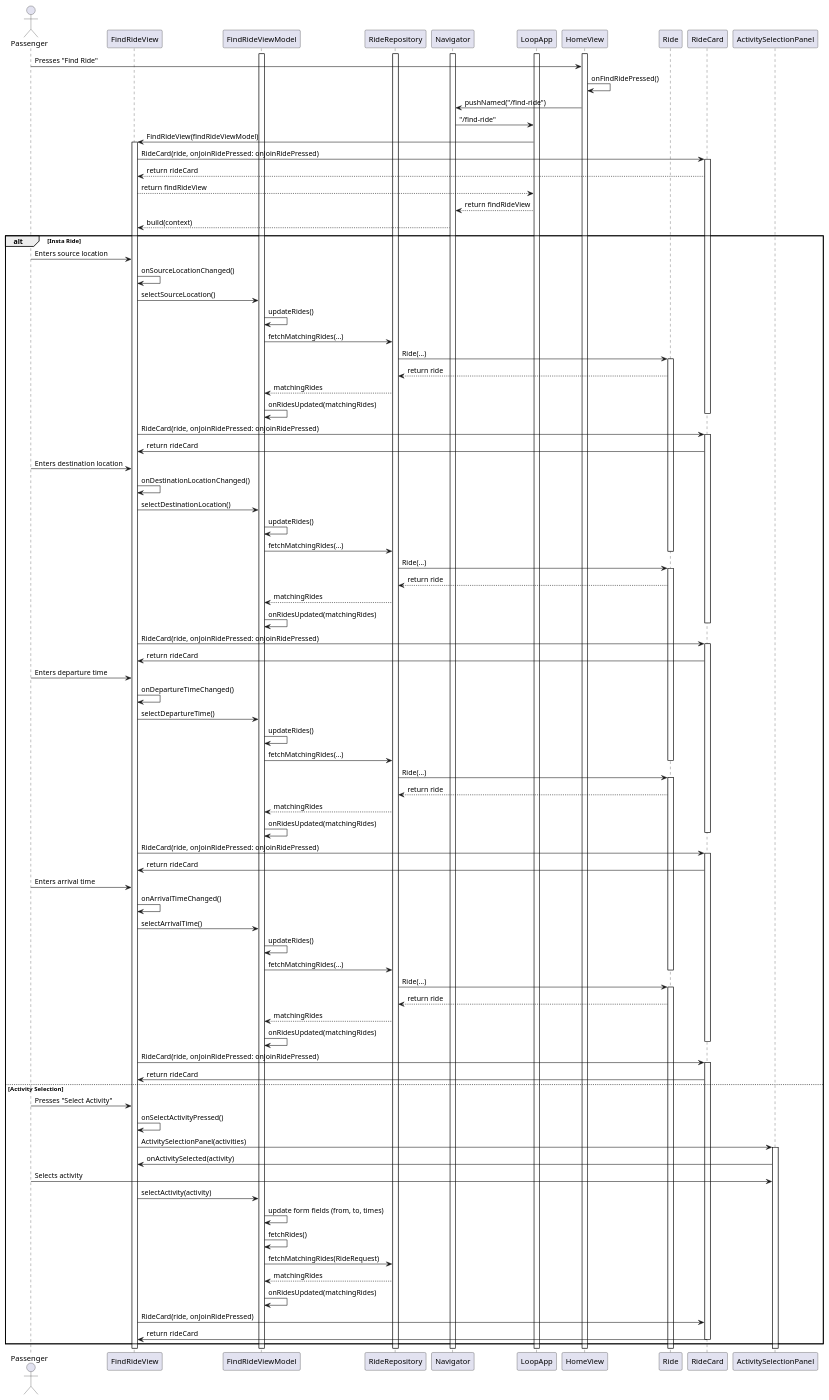
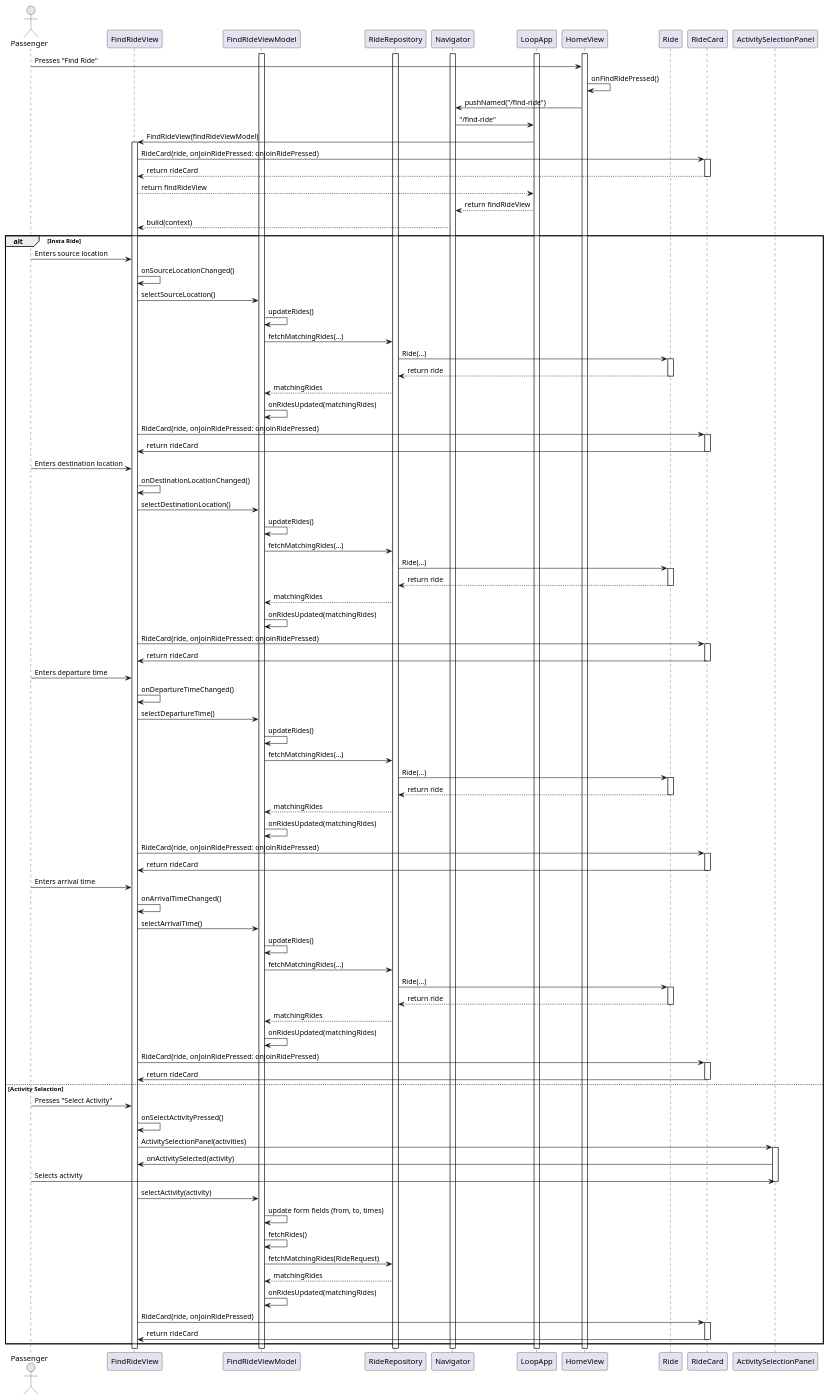
One commit to YannisRavasopoulos/ProjectSD_S6 changed the diagram in reports/sequence/find-ride.plantuml. Above: the diagram before and after it, drawn with PlantUML.

Commit message:
Refactor find-ride sequence diagram to ensure proper activation and deactivation of RideCard and Ride participants

```diff
--- a/reports/sequence/find-ride.plantuml
+++ b/reports/sequence/find-ride.plantuml
@@ -1,121 +1,131 @@
 @startuml
 
 actor Passenger
 
 participant FindRideView
 participant FindRideViewModel
 participant RideRepository
 participant Navigator
 participant LoopApp
 participant HomeView
 participant Ride
 participant RideCard
 
 activate LoopApp
 activate FindRideViewModel
 activate RideRepository
 activate Navigator
 activate HomeView
 
 
 Passenger -> HomeView: Presses "Find Ride"
 HomeView -> HomeView: onFindRidePressed()
 HomeView -> Navigator: pushNamed("/find-ride")
 Navigator -> LoopApp: "/find-ride"
 LoopApp -> FindRideView: FindRideView(findRideViewModel)
 activate FindRideView
 FindRideView -> RideCard: RideCard(ride, onJoinRidePressed: onJoinRidePressed)
 activate RideCard
 RideCard --> FindRideView: return rideCard
+deactivate RideCard
 FindRideView --> LoopApp: return findRideView
 LoopApp --> Navigator: return findRideView
 Navigator --> FindRideView: build(context)
 
 alt Insta Ride
 Passenger -> FindRideView: Enters source location
 FindRideView -> FindRideView: onSourceLocationChanged()
 FindRideView -> FindRideViewModel: selectSourceLocation()
 FindRideViewModel -> FindRideViewModel: updateRides()
 FindRideViewModel -> RideRepository: fetchMatchingRides(...)
 RideRepository -> Ride: Ride(...)
 activate Ride
 Ride --> RideRepository: return ride
+deactivate Ride
 RideRepository --> FindRideViewModel: matchingRides
 FindRideViewModel -> FindRideViewModel: onRidesUpdated(matchingRides)
-deactivate RideCard
+
 FindRideView -> RideCard: RideCard(ride, onJoinRidePressed: onJoinRidePressed)
 activate RideCard
 RideCard -> FindRideView: return rideCard
-
+deactivate RideCard
 Passenger -> FindRideView: Enters destination location
 FindRideView -> FindRideView: onDestinationLocationChanged()
 FindRideView -> FindRideViewModel: selectDestinationLocation()
 FindRideViewModel -> FindRideViewModel: updateRides()
 FindRideViewModel -> RideRepository: fetchMatchingRides(...)
 deactivate Ride
 RideRepository -> Ride: Ride(...)
 activate Ride
 Ride --> RideRepository: return ride
+deactivate Ride
 RideRepository --> FindRideViewModel: matchingRides
 FindRideViewModel -> FindRideViewModel: onRidesUpdated(matchingRides)
-deactivate RideCard
+
 FindRideView -> RideCard: RideCard(ride, onJoinRidePressed: onJoinRidePressed)
 activate RideCard
 RideCard -> FindRideView: return rideCard
+deactivate RideCard
 
 Passenger -> FindRideView: Enters departure time
 FindRideView -> FindRideView: onDepartureTimeChanged()
 FindRideView -> FindRideViewModel: selectDepartureTime()
 FindRideViewModel -> FindRideViewModel: updateRides()
 FindRideViewModel -> RideRepository: fetchMatchingRides(...)
-deactivate Ride
+
 RideRepository -> Ride: Ride(...)
 activate Ride
 Ride --> RideRepository: return ride
+deactivate Ride
 RideRepository --> FindRideViewModel: matchingRides
 FindRideViewModel -> FindRideViewModel: onRidesUpdated(matchingRides)
-deactivate RideCard
+
 FindRideView -> RideCard: RideCard(ride, onJoinRidePressed: onJoinRidePressed)
 activate RideCard
 RideCard -> FindRideView: return rideCard
-
+deactivate RideCard
 Passenger -> FindRideView: Enters arrival time
 FindRideView -> FindRideView: onArrivalTimeChanged()
 FindRideView -> FindRideViewModel: selectArrivalTime()
 FindRideViewModel -> FindRideViewModel: updateRides()
 FindRideViewModel -> RideRepository: fetchMatchingRides(...)
-deactivate Ride
+
 RideRepository -> Ride: Ride(...)
 activate Ride
 Ride --> RideRepository: return ride
+deactivate Ride
 RideRepository --> FindRideViewModel: matchingRides
 FindRideViewModel -> FindRideViewModel: onRidesUpdated(matchingRides)
-deactivate RideCard
+
 FindRideView -> RideCard: RideCard(ride, onJoinRidePressed: onJoinRidePressed)
 activate RideCard
 RideCard -> FindRideView: return rideCard
+   deactivate RideCard
 else Activity Selection
     Passenger -> FindRideView: Presses "Select Activity"
     FindRideView -> FindRideView: onSelectActivityPressed()
     FindRideView -> ActivitySelectionPanel: ActivitySelectionPanel(activities)
     activate ActivitySelectionPanel
     ActivitySelectionPanel -> FindRideView: onActivitySelected(activity)
+   
     Passenger -> ActivitySelectionPanel: Selects activity
+     deactivate ActivitySelectionPanel
     FindRideView -> FindRideViewModel: selectActivity(activity)
+
     
     FindRideViewModel -> FindRideViewModel: update form fields (from, to, times)
     FindRideViewModel -> FindRideViewModel: fetchRides()
     FindRideViewModel -> RideRepository: fetchMatchingRides(RideRequest)
 
     RideRepository --> FindRideViewModel: matchingRides
    
     FindRideViewModel -> FindRideViewModel: onRidesUpdated(matchingRides)
    
   
     FindRideView -> RideCard: RideCard(ride, onJoinRidePressed)
-   
+   activate RideCard
     RideCard -> FindRideView: return rideCard
     deactivate RideCard
 end
 
 @enduml
```
